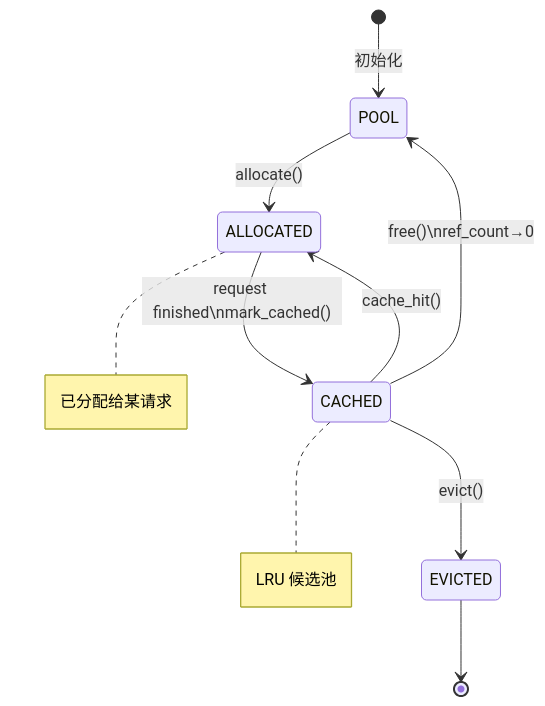
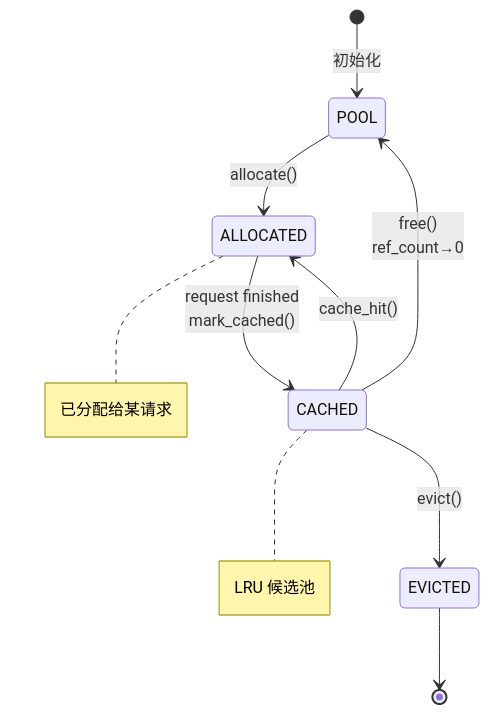
One commit to HeduAiDev/vllm-from-scratch changed the eighth of 11 diagrams in BLOG_PART1_V2.md. Above: the diagram before and after it, drawn with Mermaid. The commit also changed other lines of this file and 2 other files, not shown here.

Commit message:
Fix Mermaid node labels: replace \n with <br/> for line breaks

````diff
--- a/BLOG_PART1_V2.md
+++ b/BLOG_PART1_V2.md
@@ -781,17 +781,17 @@
 ```mermaid
 stateDiagram-v2
     [*] --> POOL : 初始化
 
     POOL --> ALLOCATED : allocate()
     note right of ALLOCATED : 已分配给某请求
 
-    ALLOCATED --> CACHED : request finished\nmark_cached()
+    ALLOCATED --> CACHED : request finished<br/>mark_cached()
     note right of CACHED : LRU 候选池
 
-    CACHED --> POOL : free()\nref_count→0
+    CACHED --> POOL : free()<br/>ref_count→0
 
     CACHED --> EVICTED : evict()
     CACHED --> ALLOCATED : cache_hit()
 
     EVICTED --> [*]
 ```
````
